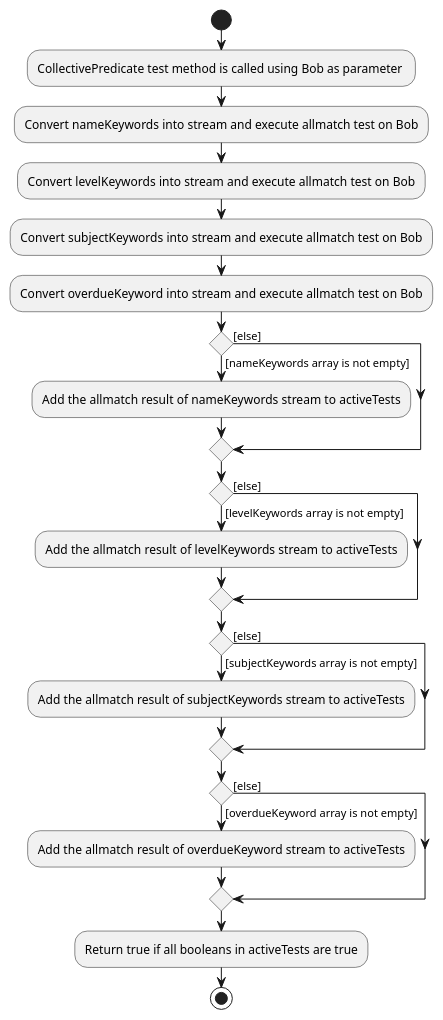
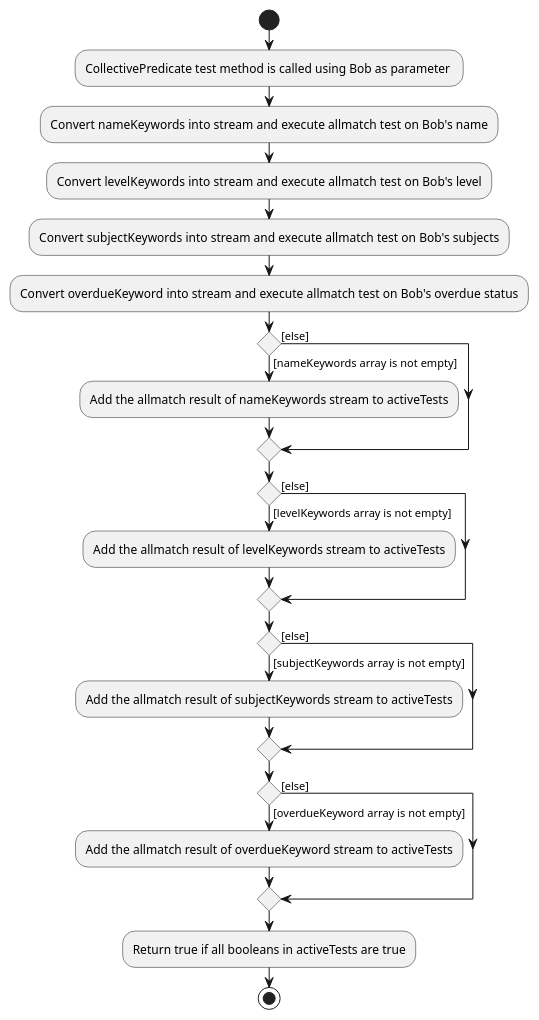
The diagram in docs/diagrams/CollectivePredicateActivityDiagram.puml (ykwei7/Track-O), drawn with PlantUML before and after one commit. The commit also changed 1 other file, not shown here.

Commit message:
Amend activity diagram for FindCommand

```diff
--- a/docs/diagrams/CollectivePredicateActivityDiagram.puml
+++ b/docs/diagrams/CollectivePredicateActivityDiagram.puml
@@ -1,32 +1,32 @@
 @startuml
 
 start
 :CollectivePredicate test method is called using Bob as parameter ;
-:Convert nameKeywords into stream and execute allmatch test on Bob;
-:Convert levelKeywords into stream and execute allmatch test on Bob;
-:Convert subjectKeywords into stream and execute allmatch test on Bob;
-:Convert overdueKeyword into stream and execute allmatch test on Bob;
+:Convert nameKeywords into stream and execute allmatch test on Bob's name;
+:Convert levelKeywords into stream and execute allmatch test on Bob's level;
+:Convert subjectKeywords into stream and execute allmatch test on Bob's subjects;
+:Convert overdueKeyword into stream and execute allmatch test on Bob's overdue status;
 if () then ([nameKeywords array is not empty])
     :Add the allmatch result of nameKeywords stream to activeTests;
 else ([else])
 endif
 
 if () then ([levelKeywords array is not empty])
     :Add the allmatch result of levelKeywords stream to activeTests;
 else ([else])
 endif
 
 if () then ([subjectKeywords array is not empty])
     :Add the allmatch result of subjectKeywords stream to activeTests;
 else ([else])
 endif
 
 if () then ([overdueKeyword array is not empty])
     :Add the allmatch result of overdueKeyword stream to activeTests;
 else ([else])
 endif
 
 :Return true if all booleans in activeTests are true;
 stop
 
 @enduml
```
